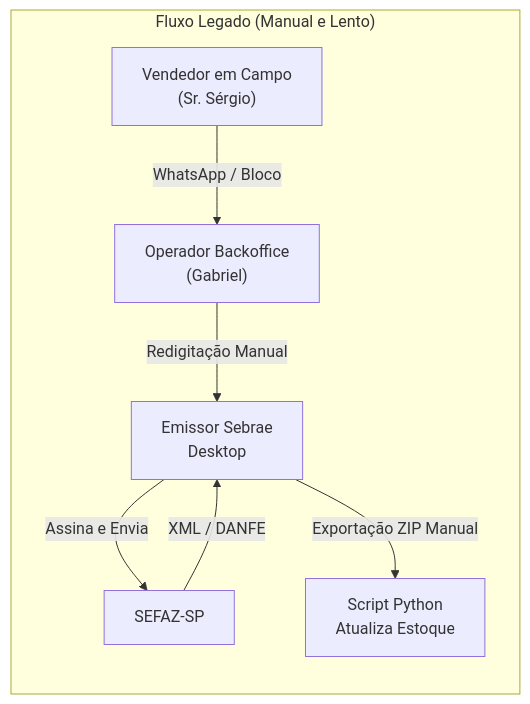
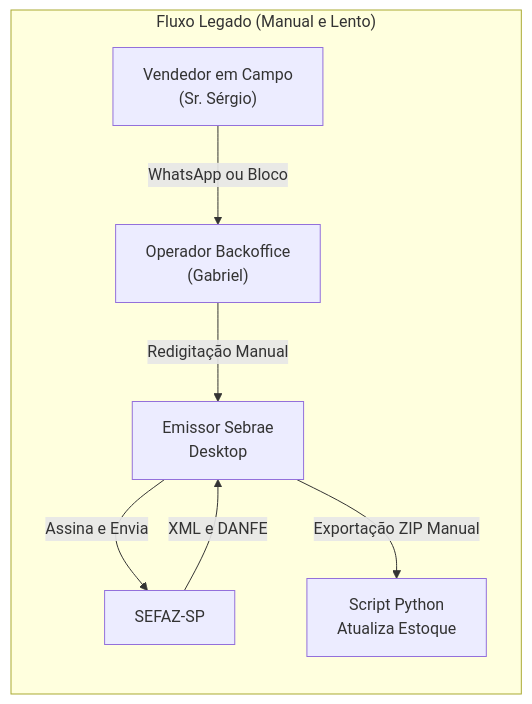
Before and after one commit to GabrielFurtad0/4s: the first of 4 diagrams in docs/ESTUDO_TECNICO_NFE_SEFAZ_A1.md, drawn with Mermaid. The commit also changed 5 other files, not shown here.

````diff
--- a/docs/ESTUDO_TECNICO_NFE_SEFAZ_A1.md
+++ b/docs/ESTUDO_TECNICO_NFE_SEFAZ_A1.md
@@ -14,10 +14,10 @@
 ```mermaid
 flowchart LR
     subgraph ATUAL["Fluxo Legado (Manual e Lento)"]
-        A["Vendedor em Campo<br/>(Sr. Sérgio)"] -->|WhatsApp / Bloco| B["Operador Backoffice<br/>(Gabriel)"]
-        B -->|Redigitação Manual| C["Emissor Sebrae<br/>Desktop"]
-        C -->|Assina e Envia| D["SEFAZ-SP"]
-        D -->|XML / DANFE| C
-        C -->|Exportação ZIP Manual| E["Script Python<br/>Atualiza Estoque"]
+        A["Vendedor em Campo<br/>(Sr. Sérgio)"] -->|"WhatsApp ou Bloco"| B["Operador Backoffice<br/>(Gabriel)"]
+        B -->|"Redigitação Manual"| C["Emissor Sebrae<br/>Desktop"]
+        C -->|"Assina e Envia"| D["SEFAZ-SP"]
+        D -->|"XML e DANFE"| C
+        C -->|"Exportação ZIP Manual"| E["Script Python<br/>Atualiza Estoque"]
     end
 ```
````
